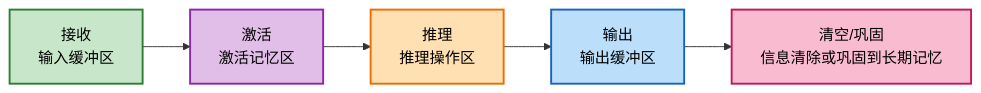
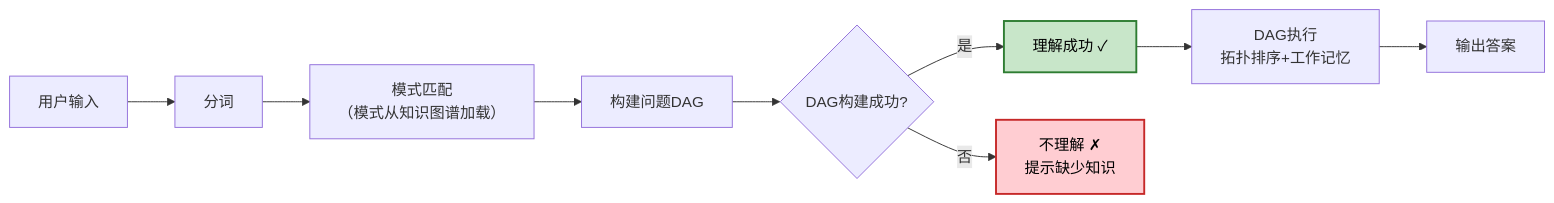
One commit to weidong-qinfeng/small_world changed the fifth of 6 diagrams in doc/数字大脑/架构设计.md. Above: the diagram before and after it, drawn with Mermaid. The commit also changed other lines of this file and 8 other files, not shown here.

````diff
--- a/doc/数字大脑/架构设计.md
+++ b/doc/数字大脑/架构设计.md
@@ -886,19 +280,16 @@
 ```mermaid
 flowchart LR
-    A["接收<br/>输入缓冲区"] --> B["激活<br/>激活记忆区"]
-    B --> C["推理<br/>推理操作区"]
-    C --> D["输出<br/>输出缓冲区"]
-    D --> E["清空/巩固<br/>信息清除或巩固到长期记忆"]
-    
-    classDef receive fill:#c8e6c9,stroke:#2e7d32,stroke-width:2px,color:#000
-    classDef activate fill:#e1bee7,stroke:#8e24aa,stroke-width:2px,color:#000
-    classDef reason fill:#ffe0b2,stroke:#ef6c00,stroke-width:2px,color:#000
-    classDef output fill:#bbdefb,stroke:#1565c0,stroke-width:2px,color:#000
-    classDef clear fill:#f8bbd0,stroke:#c2185b,stroke-width:2px,color:#000
-    
-    class A receive
-    class B activate
-    class C reason
-    class D output
-    class E clear
+    A["用户输入"] --> B["分词"]
+    B --> C["模式匹配<br/>（模式从知识图谱加载）"]
+    C --> D["构建问题DAG"]
+    D --> E{DAG构建成功?}
+    E -->|是| F["理解成功 ✓"]
+    E -->|否| G["不理解 ✗<br/>提示缺少知识"]
+    F --> H["DAG执行<br/>拓扑排序+工作记忆"]
+    H --> I["输出答案"]
+
+    classDef success fill:#c8e6c9,stroke:#2e7d32,stroke-width:2px,color:#000
+    classDef fail fill:#ffcdd2,stroke:#c62828,stroke-width:2px,color:#000
+    class F success
+    class G fail
 ```
````
